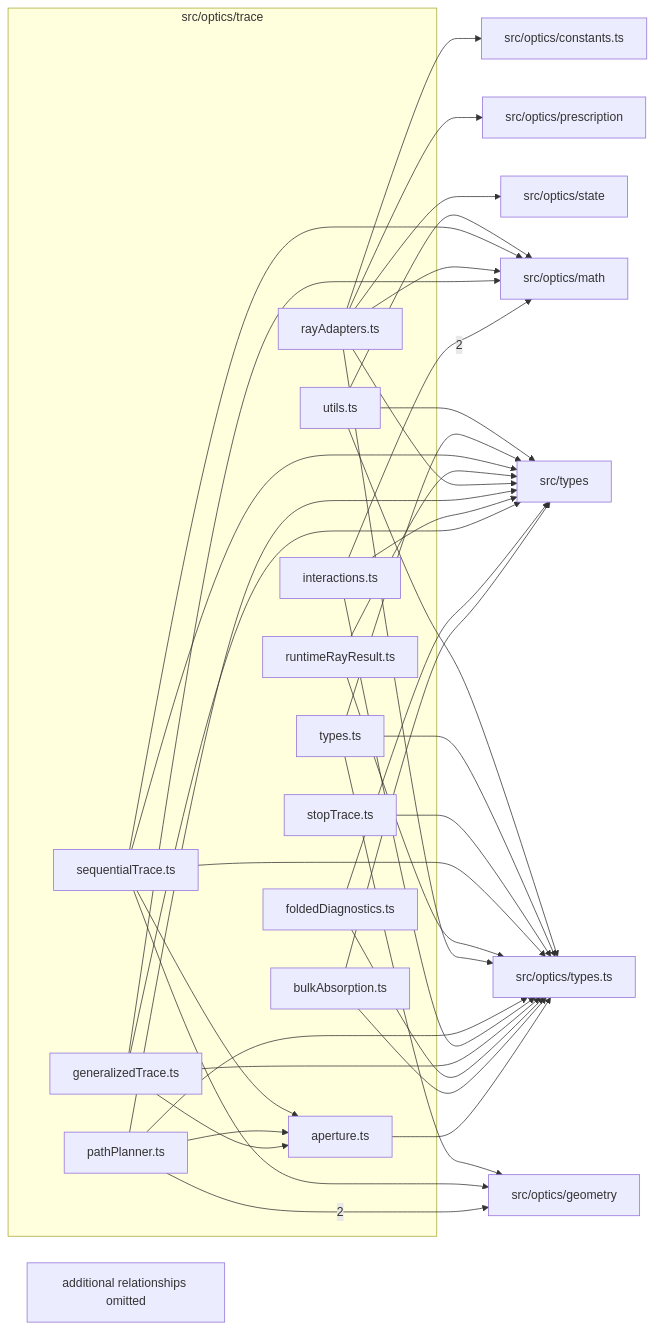
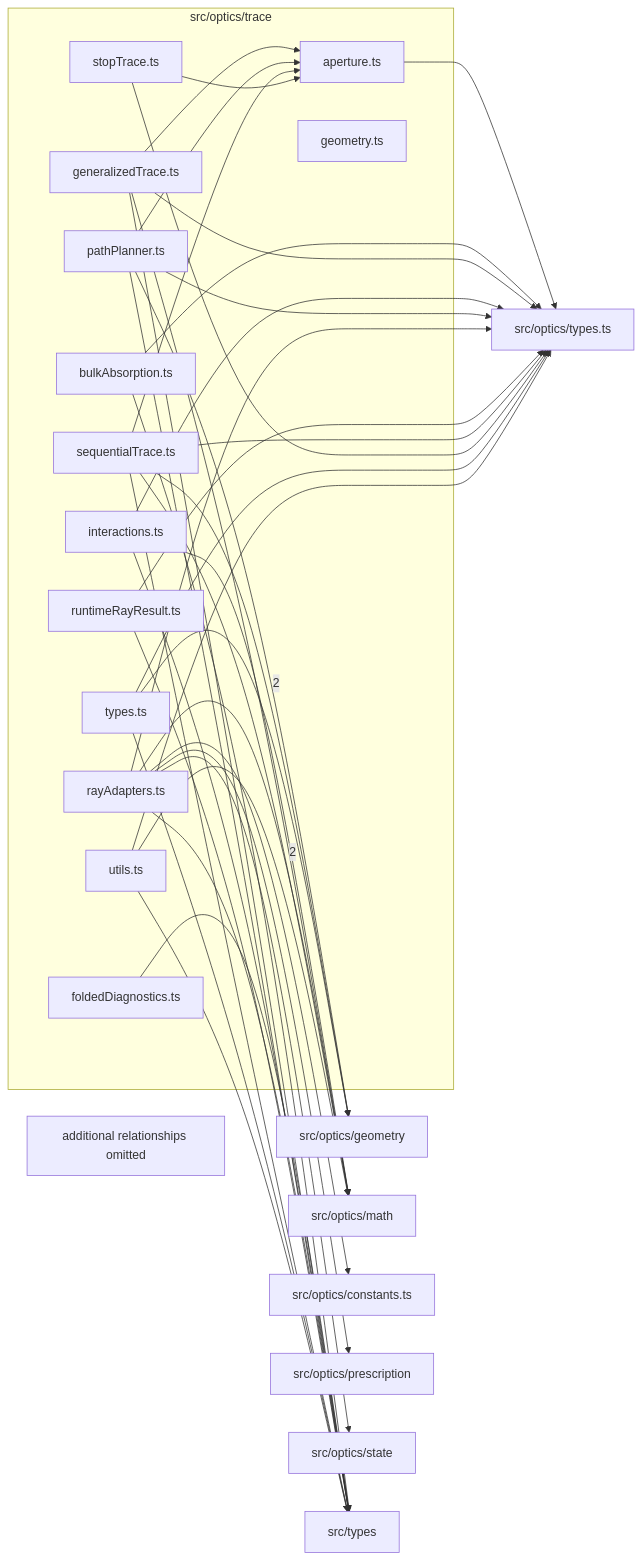
Before and after one commit to ronbuening/LensVisualizer: the diagram in src/optics/trace/readme.md, drawn with Mermaid. The commit also changed other lines of this file and 30 other files, not shown here.

Commit message:
S4.P1.T1 Trace over TraceGeometry, with the traversal chosen once per geometry

````diff
--- a/src/optics/trace/readme.md
+++ b/src/optics/trace/readme.md
@@ -9,61 +9,62 @@
 ```mermaid
 flowchart LR
   subgraph n_src_optics_trace["src/optics/trace"]
     n_src_optics_trace_src_optics_trace_aperture_ts["aperture.ts"]
     n_src_optics_trace_src_optics_trace_bulkAbsorption_ts["bulkAbsorption.ts"]
     n_src_optics_trace_src_optics_trace_foldedDiagnostics_ts["foldedDiagnostics.ts"]
     n_src_optics_trace_src_optics_trace_generalizedTrace_ts["generalizedTrace.ts"]
+    n_src_optics_trace_src_optics_trace_geometry_ts["geometry.ts"]
     n_src_optics_trace_src_optics_trace_interactions_ts["interactions.ts"]
     n_src_optics_trace_src_optics_trace_pathPlanner_ts["pathPlanner.ts"]
     n_src_optics_trace_src_optics_trace_rayAdapters_ts["rayAdapters.ts"]
     n_src_optics_trace_src_optics_trace_runtimeRayResult_ts["runtimeRayResult.ts"]
     n_src_optics_trace_src_optics_trace_sequentialTrace_ts["sequentialTrace.ts"]
     n_src_optics_trace_src_optics_trace_stopTrace_ts["stopTrace.ts"]
     n_src_optics_trace_src_optics_trace_types_ts["types.ts"]
     n_src_optics_trace_src_optics_trace_utils_ts["utils.ts"]
   end
   n_external_src_optics_geometry["src/optics/geometry"]
   n_external_src_optics_math["src/optics/math"]
   n_external_src_optics_constants_ts["src/optics/constants.ts"]
   n_external_src_optics_prescription["src/optics/prescription"]
   n_external_src_optics_state["src/optics/state"]
   n_external_src_optics_types_ts["src/optics/types.ts"]
   n_external_src_types["src/types"]
   n_src_optics_trace_src_optics_trace_pathPlanner_ts --> |2| n_external_src_optics_geometry
   n_src_optics_trace_src_optics_trace_interactions_ts --> |2| n_external_src_optics_math
   n_src_optics_trace_src_optics_trace_rayAdapters_ts --> n_external_src_optics_constants_ts
   n_src_optics_trace_src_optics_trace_sequentialTrace_ts --> n_external_src_optics_geometry
   n_src_optics_trace_src_optics_trace_types_ts --> n_external_src_optics_geometry
   n_src_optics_trace_src_optics_trace_generalizedTrace_ts --> n_external_src_optics_math
   n_src_optics_trace_src_optics_trace_rayAdapters_ts --> n_external_src_optics_math
   n_src_optics_trace_src_optics_trace_sequentialTrace_ts --> n_external_src_optics_math
   n_src_optics_trace_src_optics_trace_utils_ts --> n_external_src_optics_math
   n_src_optics_trace_src_optics_trace_rayAdapters_ts --> n_external_src_optics_prescription
   n_src_optics_trace_src_optics_trace_rayAdapters_ts --> n_external_src_optics_state
   n_src_optics_trace_src_optics_trace_aperture_ts --> n_external_src_optics_types_ts
   n_src_optics_trace_src_optics_trace_bulkAbsorption_ts --> n_external_src_optics_types_ts
-  n_src_optics_trace_src_optics_trace_foldedDiagnostics_ts --> n_external_src_optics_types_ts
   n_src_optics_trace_src_optics_trace_generalizedTrace_ts --> n_external_src_optics_types_ts
   n_src_optics_trace_src_optics_trace_interactions_ts --> n_external_src_optics_types_ts
   n_src_optics_trace_src_optics_trace_pathPlanner_ts --> n_external_src_optics_types_ts
   n_src_optics_trace_src_optics_trace_rayAdapters_ts --> n_external_src_optics_types_ts
   n_src_optics_trace_src_optics_trace_runtimeRayResult_ts --> n_external_src_optics_types_ts
   n_src_optics_trace_src_optics_trace_sequentialTrace_ts --> n_external_src_optics_types_ts
   n_src_optics_trace_src_optics_trace_stopTrace_ts --> n_external_src_optics_types_ts
   n_src_optics_trace_src_optics_trace_types_ts --> n_external_src_optics_types_ts
   n_src_optics_trace_src_optics_trace_utils_ts --> n_external_src_optics_types_ts
   n_src_optics_trace_src_optics_trace_bulkAbsorption_ts --> n_external_src_types
   n_src_optics_trace_src_optics_trace_foldedDiagnostics_ts --> n_external_src_types
   n_src_optics_trace_src_optics_trace_generalizedTrace_ts --> n_external_src_types
   n_src_optics_trace_src_optics_trace_interactions_ts --> n_external_src_types
   n_src_optics_trace_src_optics_trace_pathPlanner_ts --> n_external_src_types
   n_src_optics_trace_src_optics_trace_rayAdapters_ts --> n_external_src_types
   n_src_optics_trace_src_optics_trace_runtimeRayResult_ts --> n_external_src_types
   n_src_optics_trace_src_optics_trace_sequentialTrace_ts --> n_external_src_types
   n_src_optics_trace_src_optics_trace_types_ts --> n_external_src_types
   n_src_optics_trace_src_optics_trace_utils_ts --> n_external_src_types
   n_src_optics_trace_src_optics_trace_generalizedTrace_ts --> n_src_optics_trace_src_optics_trace_aperture_ts
   n_src_optics_trace_src_optics_trace_pathPlanner_ts --> n_src_optics_trace_src_optics_trace_aperture_ts
   n_src_optics_trace_src_optics_trace_sequentialTrace_ts --> n_src_optics_trace_src_optics_trace_aperture_ts
+  n_src_optics_trace_src_optics_trace_stopTrace_ts --> n_src_optics_trace_src_optics_trace_aperture_ts
   n_src_optics_trace_truncated["additional relationships omitted"]
 ```
````
